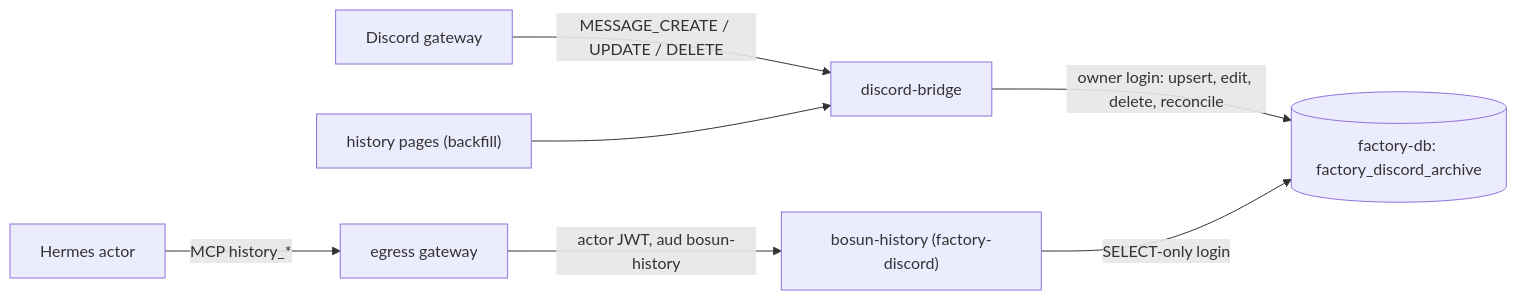
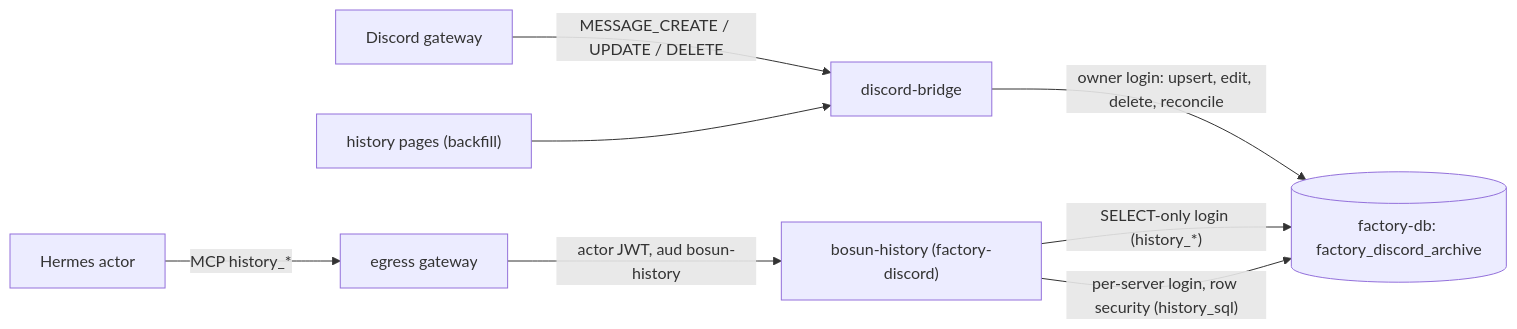
Diagram 14 of 15 in projects/factory/discord/server-agents.md (jomcgi-org/homelab), drawn with Mermaid before and after one commit. The commit also changed other lines of this file and 24 other files, not shown here.

First line of the commit message:
feat(discord): give Bosun a read-only SQL tool over the message archive

````diff
--- a/projects/factory/discord/server-agents.md
+++ b/projects/factory/discord/server-agents.md
@@ -897,9 +897,10 @@
 ```mermaid
 flowchart LR
   D["Discord gateway"] -- "MESSAGE_CREATE / UPDATE / DELETE" --> B["discord-bridge"]
   H["history pages (backfill)"] --> B
   B -- "owner login: upsert, edit, delete, reconcile" --> P[("factory-db: factory_discord_archive")]
   A["Hermes actor"] -- "MCP history_*" --> G["egress gateway"]
   G -- "actor JWT, aud bosun-history" --> M["bosun-history (factory-discord)"]
-  M -- "SELECT-only login" --> P
+  M -- "SELECT-only login (history_*)" --> P
+  M -- "per-server login, row security (history_sql)" --> P
 ```
````
